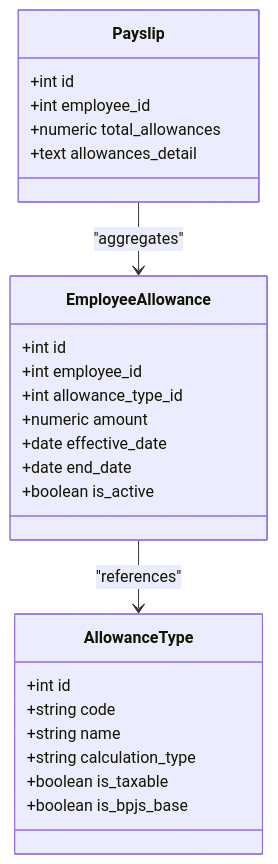
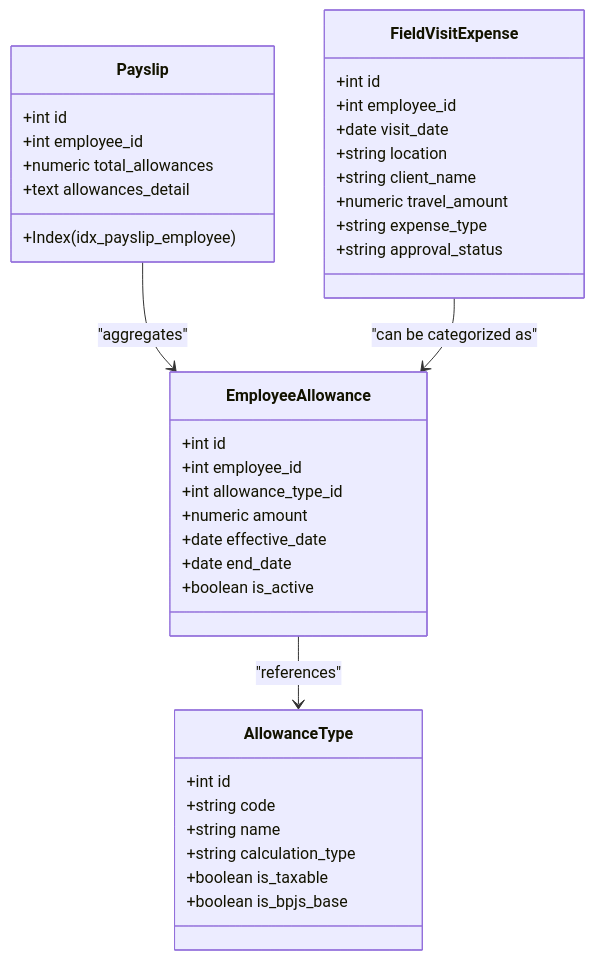
One commit to bikinaplikasipakeqoder-dot/payroll-hris changed the sixth of 9 diagrams in .qoder/repowiki/en/content/Field Visit Management.md. Above: the diagram before and after it, drawn with Mermaid. The commit also changed other lines of this file and 22 other files, not shown here.

````diff
--- a/.qoder/repowiki/en/content/Field Visit Management.md
+++ b/.qoder/repowiki/en/content/Field Visit Management.md
@@ -256,28 +340,40 @@
 ```mermaid
 classDiagram
 class AllowanceType {
 +int id
 +string code
 +string name
 +string calculation_type
 +boolean is_taxable
 +boolean is_bpjs_base
 }
 class EmployeeAllowance {
 +int id
 +int employee_id
 +int allowance_type_id
 +numeric amount
 +date effective_date
 +date end_date
 +boolean is_active
 }
 class Payslip {
 +int id
 +int employee_id
 +numeric total_allowances
 +text allowances_detail
++Index(idx_payslip_employee)
+}
+class FieldVisitExpense {
++int id
++int employee_id
++date visit_date
++string location
++string client_name
++numeric travel_amount
++string expense_type
++string approval_status
 }
 EmployeeAllowance --> AllowanceType : "references"
 Payslip --> EmployeeAllowance : "aggregates"
+FieldVisitExpense --> EmployeeAllowance : "can be categorized as"
 ```
````
